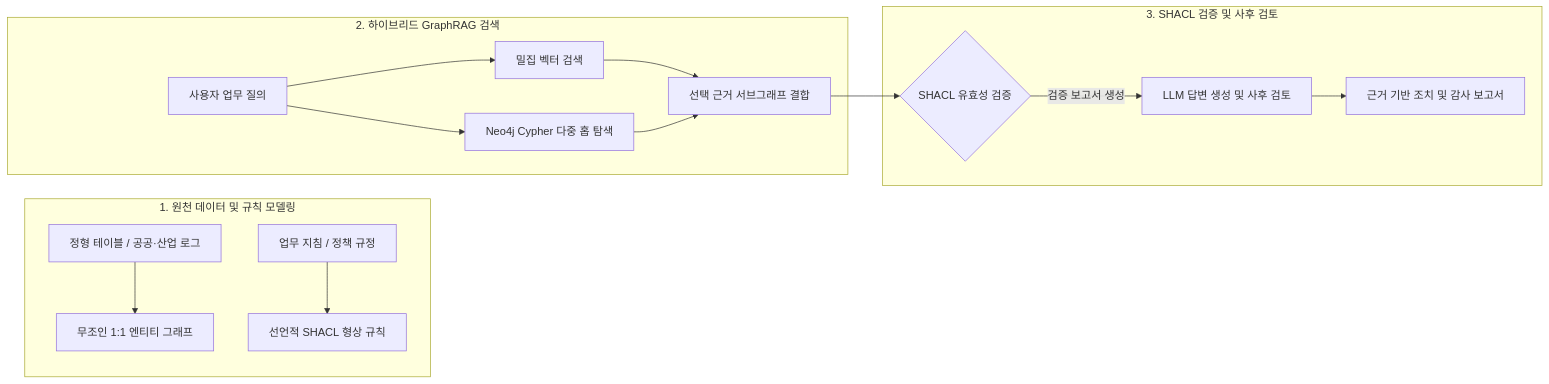
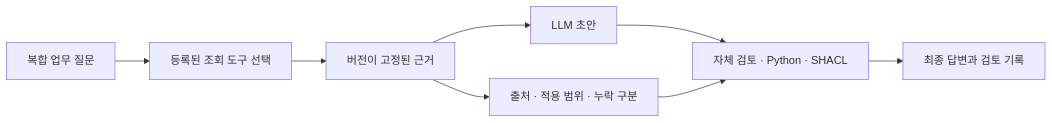
Before and after one commit to shinysong/shacl-graphrag: the diagram in docs/index.md, drawn with Mermaid. The commit also changed other lines of this file and 13 other files, not shown here.

````diff
--- a/docs/index.md
+++ b/docs/index.md
@@ -11,19 +9,10 @@
 ```mermaid
 flowchart LR
-    subgraph DataLayer ["1. 원천 데이터 및 규칙 모델링"]
-        T["정형 테이블 / 공공·산업 로그"] --> G["무조인 1:1 엔티티 그래프"]
-        P["업무 지침 / 정책 규정"] --> S["선언적 SHACL 형상 규칙"]
-    end
-
-    subgraph RetrievalLayer ["2. 하이브리드 GraphRAG 검색"]
-        Q["사용자 업무 질의"] --> V["밀집 벡터 검색"]
-        Q --> N["Neo4j Cypher 다중 홉 탐색"]
-        V & N --> B["선택 근거 서브그래프 결합"]
-    end
-
-    subgraph VerificationLayer ["3. SHACL 검증 및 사후 검토"]
-        B --> SH{"SHACL 유효성 검증"}
-        SH -->|검증 보고서 생성| LLM["LLM 답변 생성 및 사후 검토"]
-        LLM --> Out["근거 기반 조치 및 감사 보고서"]
-    end
+    Q["복합 업무 질문"] --> T["등록된 조회 도구 선택"]
+    T --> E["버전이 고정된 근거"]
+    E --> A["LLM 초안"]
+    A --> R["자체 검토 · Python · SHACL"]
+    R --> F["최종 답변과 검토 기록"]
+    E --> P["출처 · 적용 범위 · 누락 구분"]
+    P --> R
 ```
````
